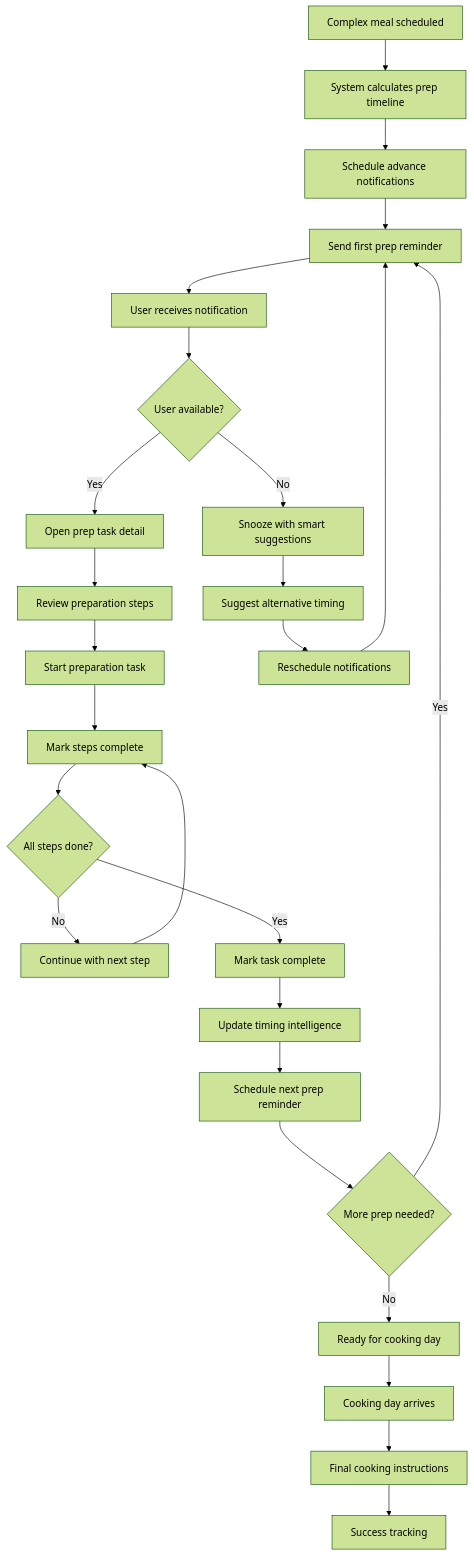
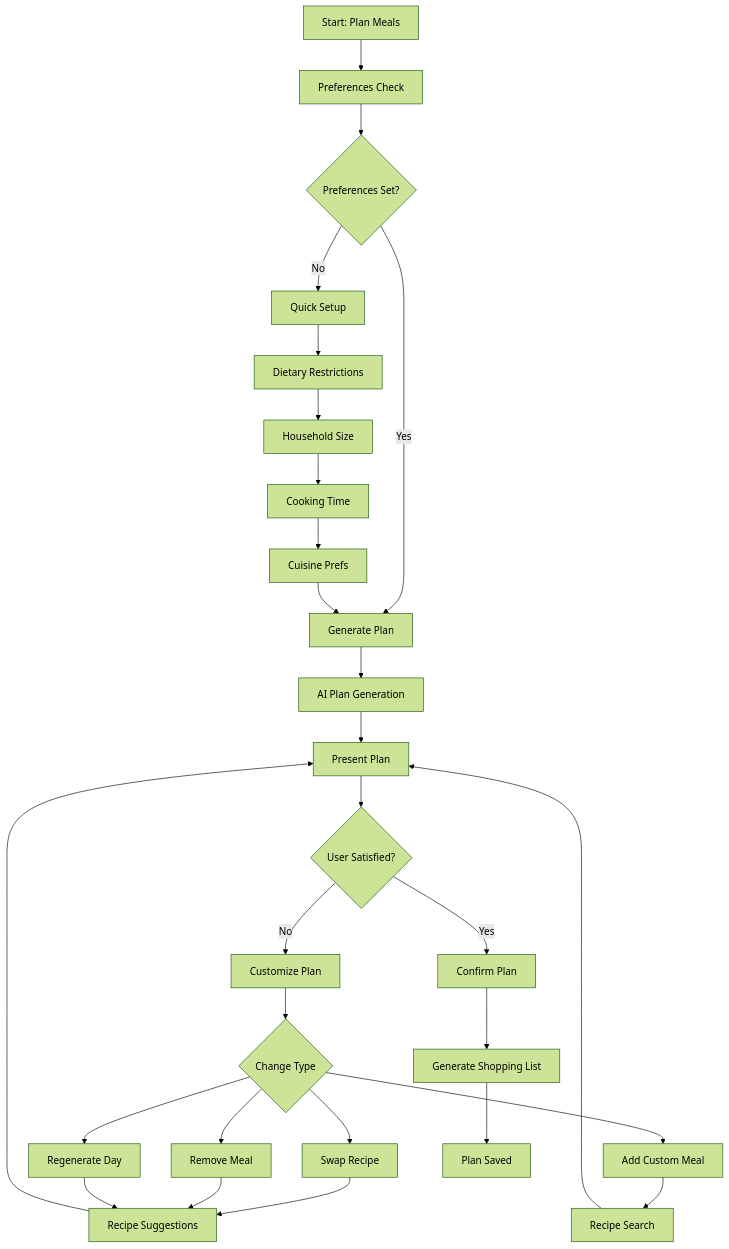
One commit to timayz/imkitchen changed the second of 3 diagrams in docs/frontend/user-flows.md. Above: the diagram before and after it, drawn with Mermaid (forest theme). The commit also changed other lines of this file and 149 other files, not shown here.

````diff
--- a/docs/frontend/user-flows.md
+++ b/docs/frontend/user-flows.md
@@ -66,32 +57,36 @@
 ```mermaid
 graph TD
-    A[Complex meal scheduled] --> B[System calculates prep timeline]
-    B --> C[Schedule advance notifications]
-    C --> D[Send first prep reminder]
-    D --> E[User receives notification]
-    E --> F{User available?}
-    F -->|Yes| G[Open prep task detail]
-    F -->|No| H[Snooze with smart suggestions]
+    A[Start: Plan Meals] --> B[Preferences Check]
+    B --> B1{Preferences Set?}
+    B1 -->|No| C[Quick Setup]
+    B1 -->|Yes| D[Generate Plan]
     
-    G --> I[Review preparation steps]
-    I --> J[Start preparation task]
-    J --> K[Mark steps complete]
-    K --> L{All steps done?}
-    L -->|No| M[Continue with next step]
-    L -->|Yes| N[Mark task complete]
+    C --> C1[Dietary Restrictions]
+    C1 --> C2[Household Size]  
+    C2 --> C3[Cooking Time]
+    C3 --> C4[Cuisine Prefs]
+    C4 --> D
     
-    M --> K
-    N --> O[Update timing intelligence]
-    O --> P[Schedule next prep reminder]
-    P --> Q{More prep needed?}
-    Q -->|Yes| D
-    Q -->|No| R[Ready for cooking day]
+    D --> E[AI Plan Generation]
+    E --> F[Present Plan]
+    F --> G{User Satisfied?}
     
-    H --> H1[Suggest alternative timing]
-    H1 --> H2[Reschedule notifications]
-    H2 --> D
+    G -->|No| H[Customize Plan]
+    G -->|Yes| K[Confirm Plan]
     
-    R --> S[Cooking day arrives]
-    S --> T[Final cooking instructions]
-    T --> U[Success tracking]
+    H --> H1{Change Type}
+    H1 --> H2[Swap Recipe]
+    H1 --> H3[Add Custom Meal]
+    H1 --> H4[Remove Meal]
+    H1 --> H5[Regenerate Day]
+    
+    H2 --> I[Recipe Suggestions]
+    H3 --> J[Recipe Search]
+    H4 --> I
+    H5 --> I
+    I --> F
+    J --> F
+    
+    K --> L[Generate Shopping List]
+    L --> M[Plan Saved]
 ```
````
